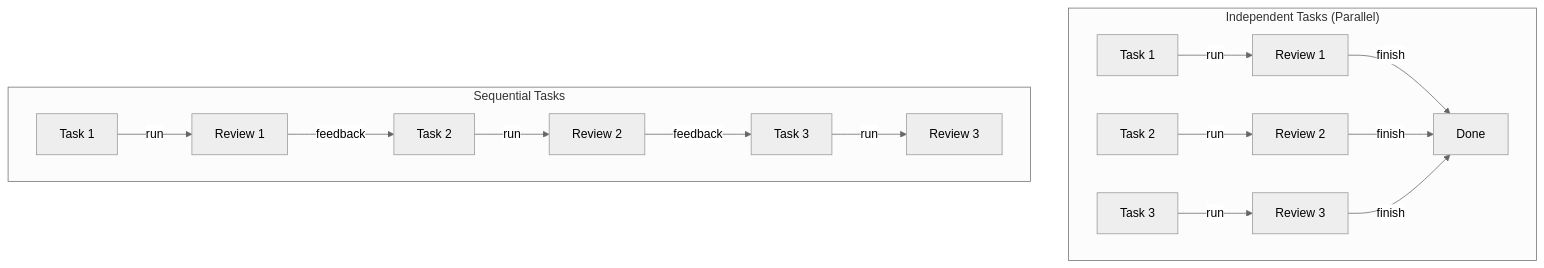
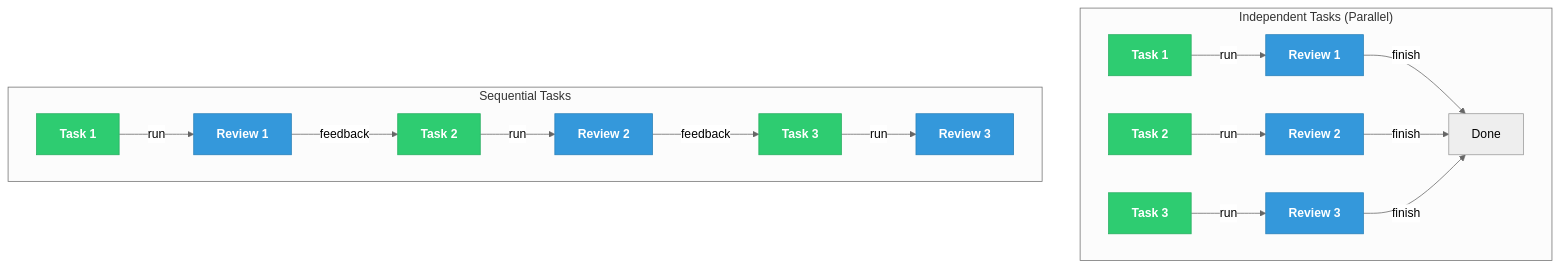
Before and after one commit to gpsaggese/gpsaggese.github.io: the first of 3 diagrams in website/docs/blog/posts/draft.how_to.Stacked_PRs_for_agentic_developent.md, drawn with Mermaid (neutral theme). The commit also changed other lines of this file and 4 other files, not shown here.

````diff
--- a/website/docs/blog/posts/draft.how_to.Stacked_PRs_for_agentic_developent.md
+++ b/website/docs/blog/posts/draft.how_to.Stacked_PRs_for_agentic_developent.md
@@ -45,19 +43,22 @@
 ```mermaid
 graph TB
+  classDef execute fill:#2ecc71,stroke:#27ae60,color:#fff,font-weight:bold
+  classDef review fill:#3498db,stroke:#2980b9,color:#fff,font-weight:bold
+  
   subgraph independent["Independent Tasks (Parallel)"]
-    A1["Task 1"] -->|run| A1r["Review 1"]
-    A2["Task 2"] -->|run| A2r["Review 2"]
-    A3["Task 3"] -->|run| A3r["Review 3"]
+    A1["Task 1"]:::execute -->|run| A1r["Review 1"]:::review
+    A2["Task 2"]:::execute -->|run| A2r["Review 2"]:::review
+    A3["Task 3"]:::execute -->|run| A3r["Review 3"]:::review
     A1r -->|finish| end1["Done"]
     A2r -->|finish| end1
     A3r -->|finish| end1
   end
 
   subgraph sequential["Sequential Tasks"]
-    B1["Task 1"] -->|run| B1r["Review 1"]
-    B1r -->|feedback| B2["Task 2"]
-    B2 -->|run| B2r["Review 2"]
-    B2r -->|feedback| B3["Task 3"]
-    B3 -->|run| B3r["Review 3"]
+    B1["Task 1"]:::execute -->|run| B1r["Review 1"]:::review
+    B1r -->|feedback| B2["Task 2"]:::execute
+    B2 -->|run| B2r["Review 2"]:::review
+    B2r -->|feedback| B3["Task 3"]:::execute
+    B3 -->|run| B3r["Review 3"]:::review
   end
 ```
````
